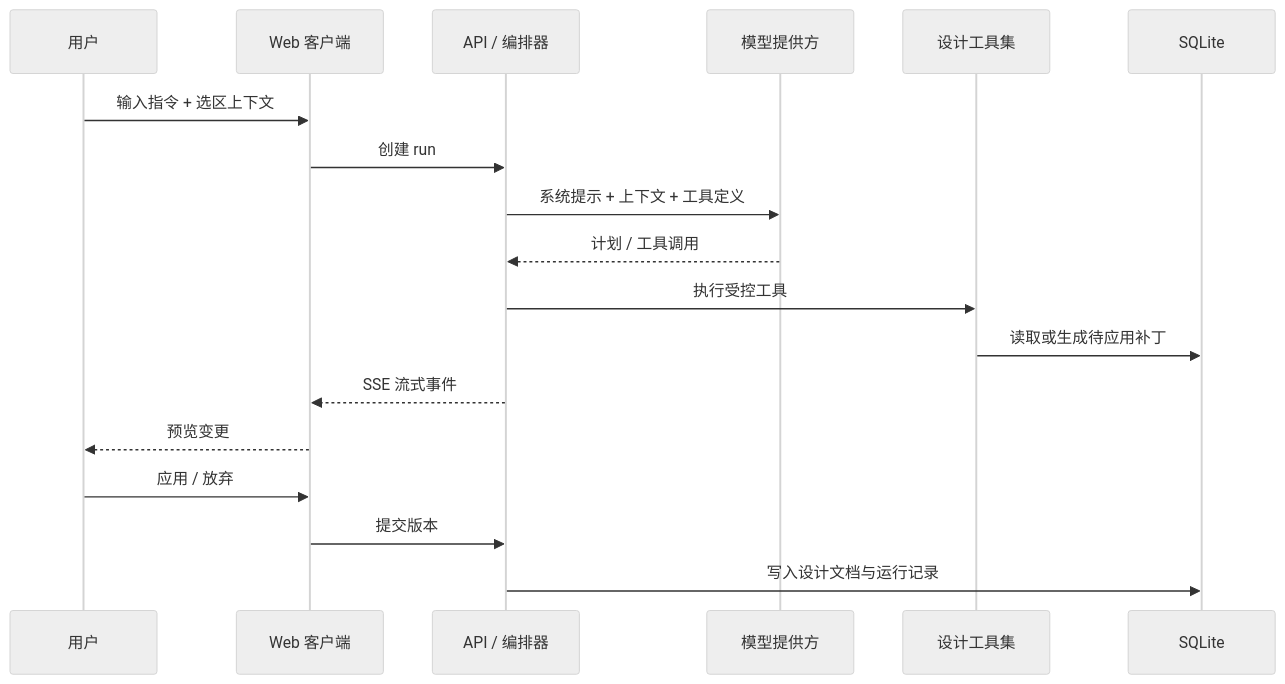
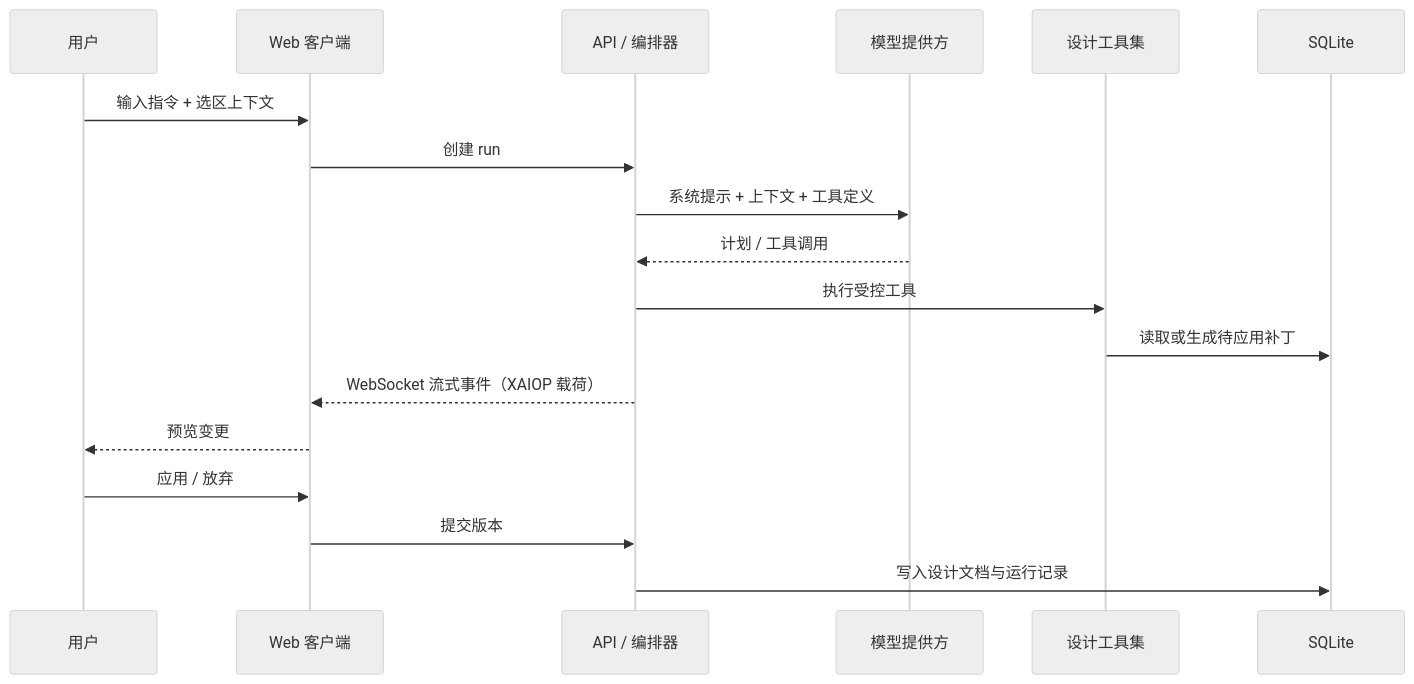
The diagram in docs/agent/overview.md (AboutUip/Morfa), drawn with Mermaid (neutral theme) before and after one commit. The commit also changed other lines of this file and 114 other files, not shown here.

````diff
--- a/docs/agent/overview.md
+++ b/docs/agent/overview.md
@@ -19,21 +21,21 @@
 ```mermaid
 sequenceDiagram
   participant U as 用户
   participant C as Web 客户端
   participant A as API / 编排器
   participant M as 模型提供方
   participant T as 设计工具集
   participant D as SQLite
 
   U->>C: 输入指令 + 选区上下文
   C->>A: 创建 run
   A->>M: 系统提示 + 上下文 + 工具定义
   M-->>A: 计划 / 工具调用
   A->>T: 执行受控工具
   T->>D: 读取或生成待应用补丁
-  A-->>C: SSE 流式事件
+  A-->>C: WebSocket 流式事件（XAIOP 载荷）
   C-->>U: 预览变更
   U->>C: 应用 / 放弃
   C->>A: 提交版本
   A->>D: 写入设计文档与运行记录
 ```
````
